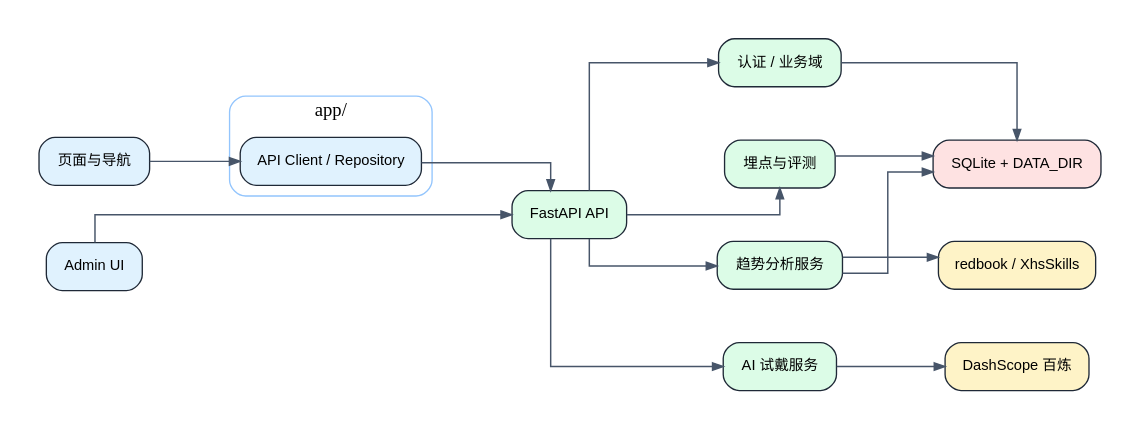
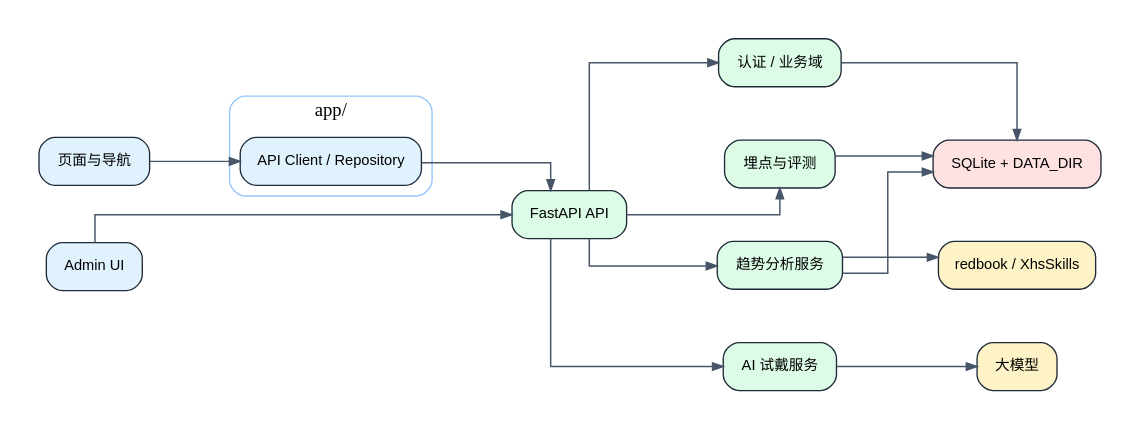
Before and after one commit to kovk/Nailmind-Nail-try-on: the diagram in docs/assets/logical-architecture.dot, drawn with Graphviz. The commit also changed 9 other files, not shown here.

```diff
--- a/docs/assets/logical-architecture.dot
+++ b/docs/assets/logical-architecture.dot
@@ -1,60 +1,60 @@
 digraph LogicalArchitecture {
   graph [rankdir=LR, bgcolor="white", pad="0.3", nodesep="0.55", ranksep="0.95", splines=ortho];
   node [shape=box, style="rounded,filled", fontname="Arial", fontsize=11, color="#1f2937", fillcolor="#f8fafc", margin="0.18,0.12"];
   edge [color="#475569", arrowsize=0.8, penwidth=1.1];
 
   subgraph cluster_app {
     label="app/";
     color="#93c5fd";
     style="rounded";
     app_ui [label="页面与导航", fillcolor="#e0f2fe"];
     app_api [label="API Client / Repository", fillcolor="#e0f2fe"];
   }
 
   subgraph cluster_backend {
     label="backend/";
     color="#86efac";
     style="rounded";
     api [label="FastAPI API", fillcolor="#dcfce7"];
     domain [label="认证 / 业务域", fillcolor="#dcfce7"];
     tryon [label="AI 试戴服务", fillcolor="#dcfce7"];
     metric [label="埋点与评测", fillcolor="#dcfce7"];
     nailclaw [label="趋势分析服务", fillcolor="#dcfce7"];
     storage [label="SQLite + DATA_DIR", fillcolor="#fee2e2"];
   }
 
   subgraph cluster_web {
     label="web-admin/";
     color="#93c5fd";
     style="rounded";
     web_ui [label="Admin UI", fillcolor="#e0f2fe"];
   }
 
   subgraph cluster_external {
     label="外部依赖";
     color="#fcd34d";
     style="rounded";
-    bailian [label="DashScope 百炼", fillcolor="#fef3c7"];
+    bailian [label="大模型", fillcolor="#fef3c7"];
     content [label="redbook / XhsSkills", fillcolor="#fef3c7"];
   }
 
   app_ui -> app_api;
   app_api -> api;
   web_ui -> api;
 
   api -> domain;
   api -> tryon;
   api -> metric;
   api -> nailclaw;
 
   domain -> storage;
   metric -> storage;
   nailclaw -> storage;
   tryon -> bailian;
   nailclaw -> content;
 
   { rank=same; app_ui; web_ui; }
   { rank=same; api; }
   { rank=same; domain; tryon; metric; nailclaw; }
   { rank=same; storage; bailian; content; }
 }
```
